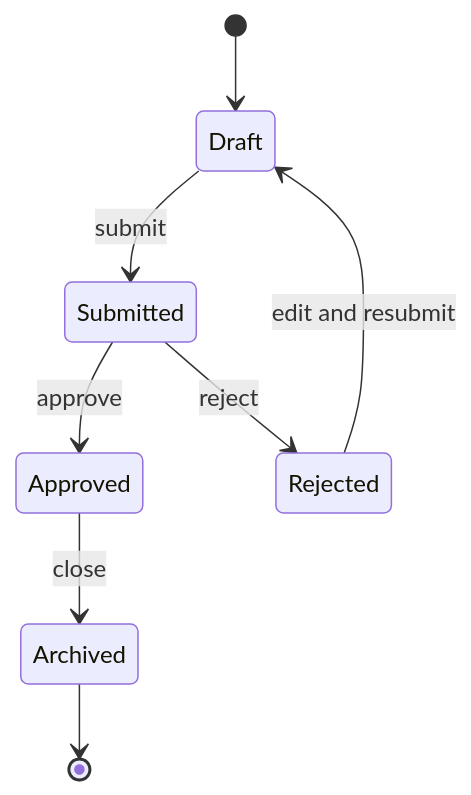
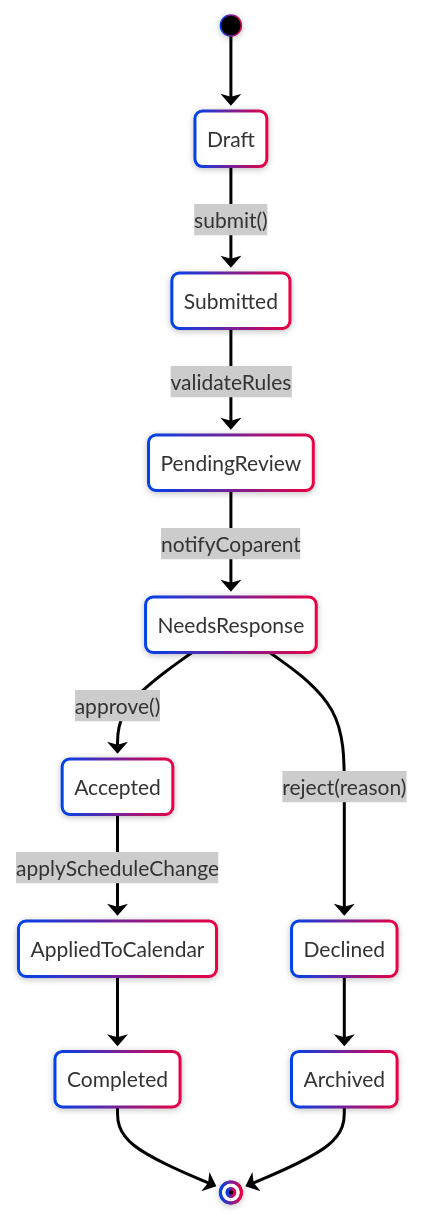
Before and after one commit to Kapum357/KidSchedule: the second of 6 diagrams in README.md, drawn with Mermaid. The commit also changed other lines of this file and 25 other files, not shown here.

````diff
--- a/README.md
+++ b/README.md
@@ -189,10 +233,19 @@
 ```mermaid
+---
+config:
+  theme: neo
+  look: neo
+---
 stateDiagram-v2
-		[*] --> Draft
-		Draft --> Submitted: submit
-		Submitted --> Approved: approve
-		Submitted --> Rejected: reject
-		Approved --> Archived: close
-		Rejected --> Draft: edit and resubmit
-		Archived --> [*]
+[*] --> Draft
+Draft --> Submitted: submit()
+Submitted --> PendingReview: validateRules
+PendingReview --> NeedsResponse: notifyCoparent
+NeedsResponse --> Accepted: approve()
+NeedsResponse --> Declined: reject(reason)
+Accepted --> AppliedToCalendar: applyScheduleChange
+Declined --> Archived
+AppliedToCalendar --> Completed
+Completed --> [*]
+Archived --> [*]
 ```
````
